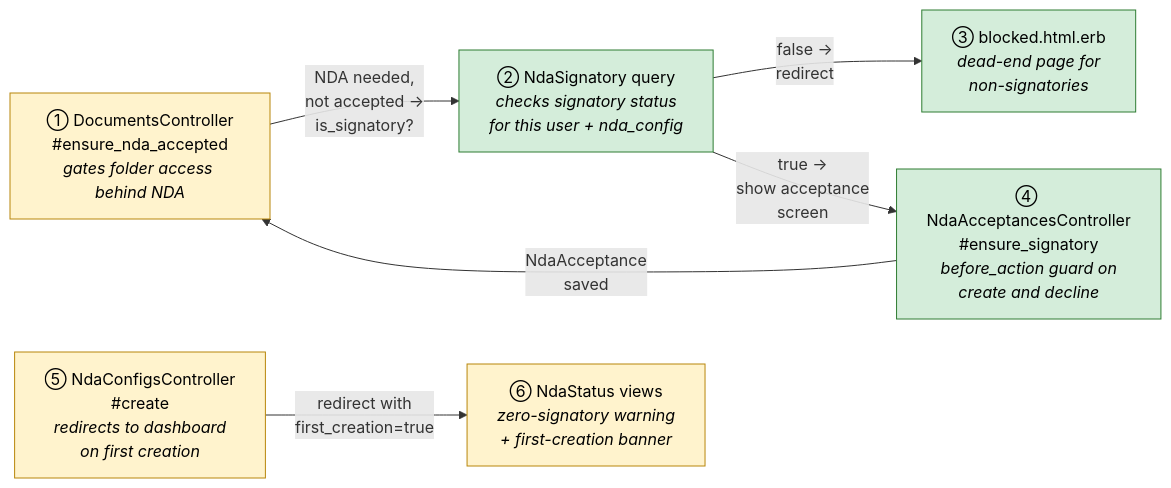
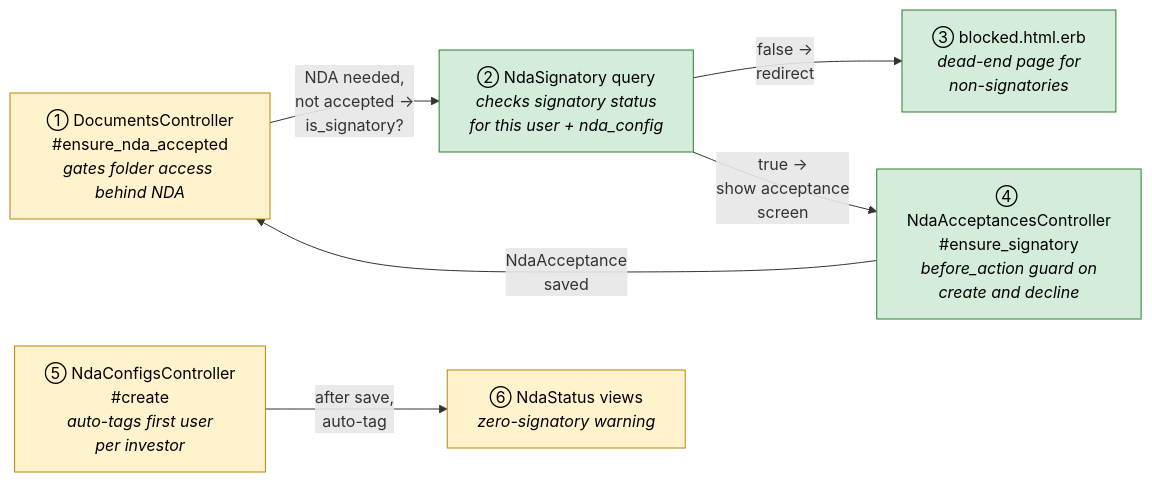
The second of 5 diagrams in openspec/changes/nda-module-9-enhancements/design.md (sampadadiwan/IRM_CompanyMain), drawn with Mermaid before and after one commit. The commit also changed other lines of this file and 3 other files, not shown here.

First line of the commit message:
docs: Update openspec artifacts for auto-tag signatories (product feedback)

````diff
--- a/openspec/changes/nda-module-9-enhancements/design.md
+++ b/openspec/changes/nda-module-9-enhancements/design.md
@@ -155,26 +155,26 @@
 ```mermaid
 flowchart LR
     classDef new fill:#d4edda,stroke:#2e7d32,color:#000
     classDef mod fill:#fff3cd,stroke:#b8860b,color:#000
     classDef reuse fill:#eceff1,stroke:#90a4ae,color:#000
 
     A["① DocumentsController<br/>#ensure_nda_accepted<br/><i>gates folder access behind NDA</i>"]:::mod
     B["② NdaSignatory query<br/><i>checks signatory status<br/>for this user + nda_config</i>"]:::new
     C["③ blocked.html.erb<br/><i>dead-end page for<br/>non-signatories</i>"]:::new
     D["④ NdaAcceptancesController<br/>#ensure_signatory<br/><i>before_action guard on<br/>create and decline</i>"]:::new
-    E["⑤ NdaConfigsController<br/>#create<br/><i>redirects to dashboard<br/>on first creation</i>"]:::mod
-    F["⑥ NdaStatus views<br/><i>zero-signatory warning<br/>+ first-creation banner</i>"]:::mod
+    E["⑤ NdaConfigsController<br/>#create<br/><i>auto-tags first user<br/>per investor</i>"]:::mod
+    F["⑥ NdaStatus views<br/><i>zero-signatory warning</i>"]:::mod
 
     A -- "NDA needed,<br/>not accepted →<br/>is_signatory?" --> B
     B -- "false →<br/>redirect" --> C
     B -- "true →<br/>show acceptance<br/>screen" --> D
     D -- "NdaAcceptance<br/>saved" --> A
-    E -- "redirect with<br/>first_creation=true" --> F
+    E -- "after save,<br/>auto-tag" --> F
 
     click A "#①-folder-gate"
     click B "#②-signatory-check"
     click C "#③-blocked-page"
     click D "#④-acceptdecline-guard"
     click E "#⑤-first-creation-redirect"
     click F "#⑥-dashboard-warnings"
 ```
````
